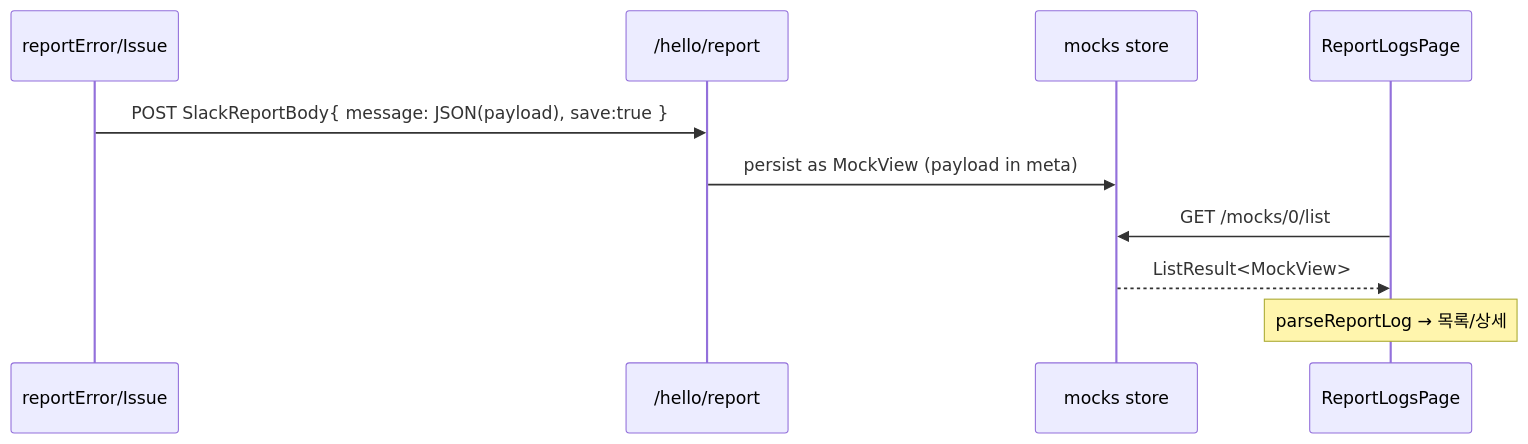
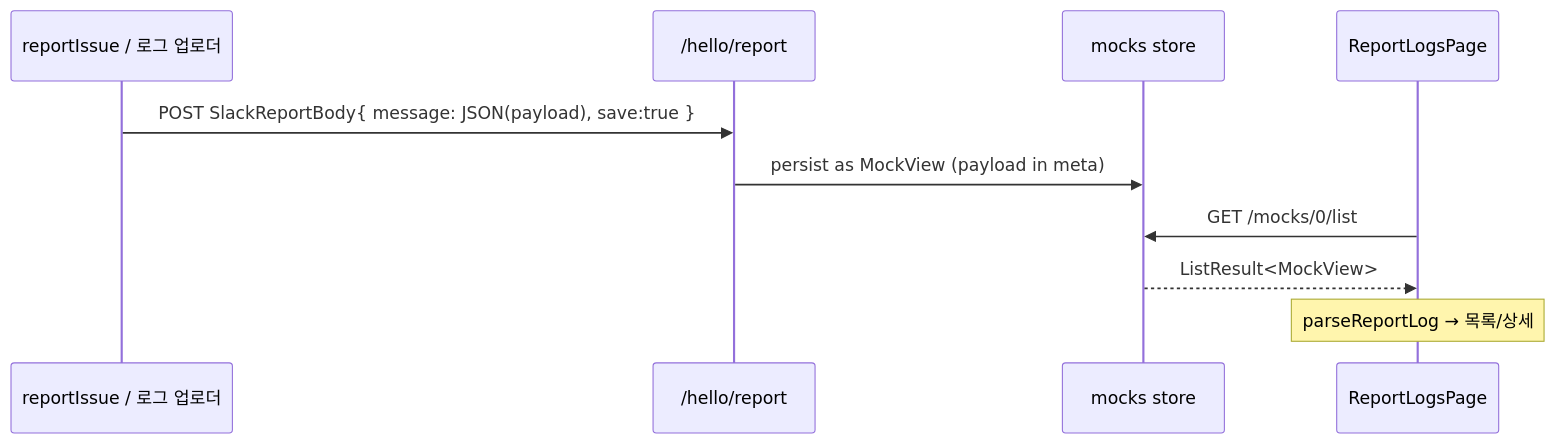
Before and after one commit to lemoncloud-io/dou-app: the second of 2 diagrams in apps/admin-v2/docs/specs/report-logs/spec.md, drawn with Mermaid. The commit also changed other lines of this file and 972 other files, not shown here.

````diff
--- a/apps/admin-v2/docs/specs/report-logs/spec.md
+++ b/apps/admin-v2/docs/specs/report-logs/spec.md
@@ -74,12 +77,12 @@
 ```mermaid
 sequenceDiagram
-    participant A as reportError/Issue
+    participant A as reportIssue / 로그 업로더
     participant H as /hello/report
     participant M as mocks store
     participant P as ReportLogsPage
     A->>H: POST SlackReportBody{ message: JSON(payload), save:true }
     H->>M: persist as MockView (payload in meta)
     P->>M: GET /mocks/0/list
     M-->>P: ListResult<MockView>
     Note over P: parseReportLog → 목록/상세
 ```
````
